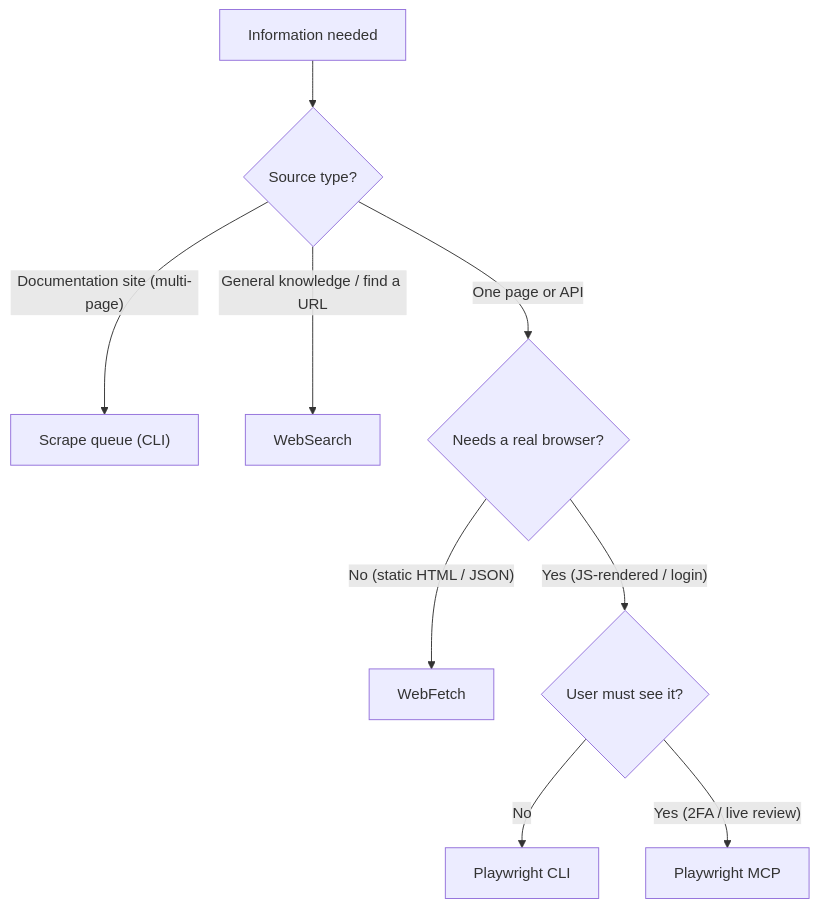
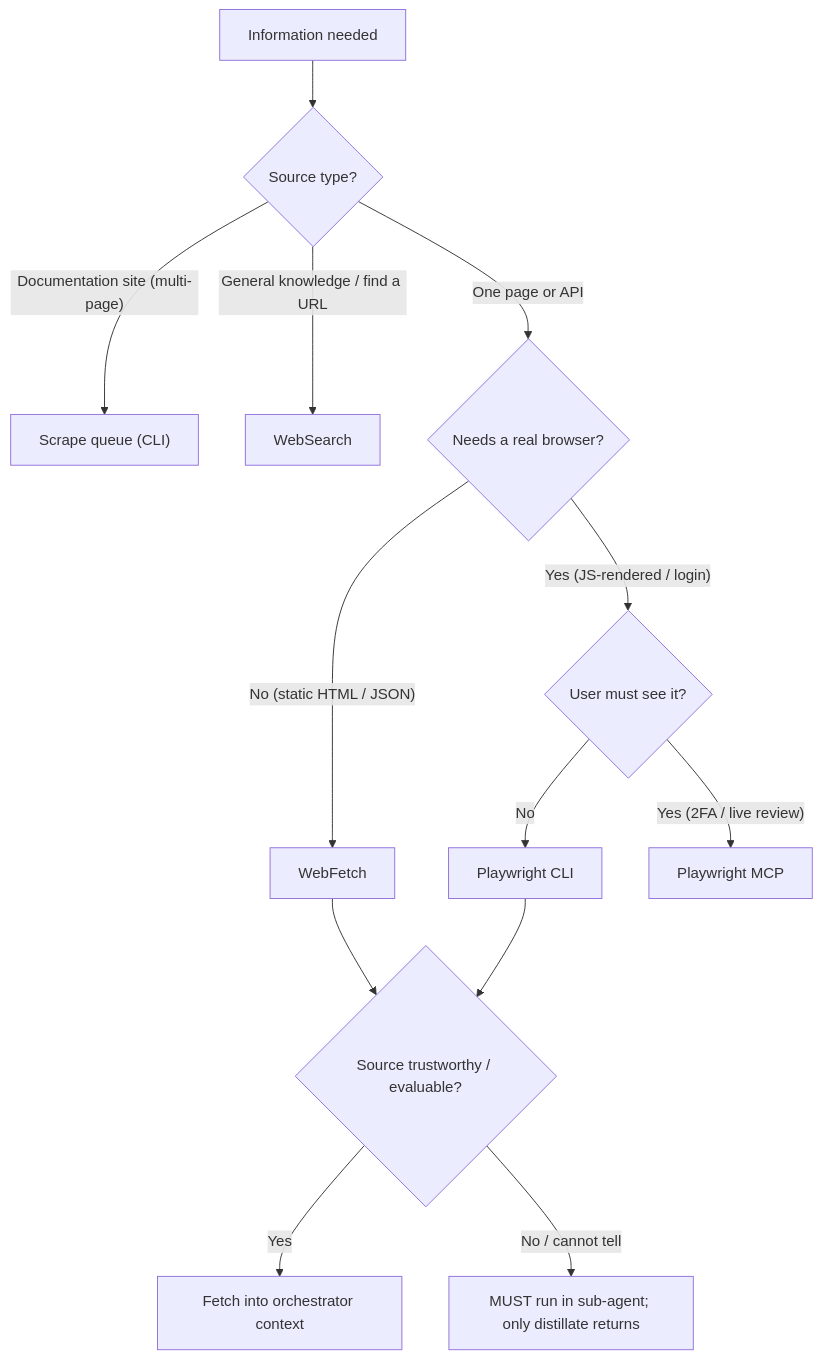
One commit to Memo-Init/spec changed the second of 2 diagrams in spec/workbench/0.1.0/31-browser-automation.md. Above: the diagram before and after it, drawn with Mermaid. The commit also changed other lines of this file and 9 other files, not shown here.

Commit message:
[MEMO] M045-04 Cleanup: diagrams/health/browser

````diff
--- a/spec/workbench/0.1.0/31-browser-automation.md
+++ b/spec/workbench/0.1.0/31-browser-automation.md
@@ -113,11 +129,15 @@
 ```mermaid
 flowchart TD
     A["Information needed"] --> B{"Source type?"}
     B -->|"Documentation site (multi-page)"| C["Scrape queue (CLI)"]
     B -->|"General knowledge / find a URL"| D["WebSearch"]
     B -->|"One page or API"| E{"Needs a real browser?"}
     E -->|"No (static HTML / JSON)"| F["WebFetch"]
     E -->|"Yes (JS-rendered / login)"| G{"User must see it?"}
     G -->|"No"| H["Playwright CLI"]
     G -->|"Yes (2FA / live review)"| I["Playwright MCP"]
+    F --> T{"Source trustworthy / evaluable?"}
+    H --> T
+    T -->|"Yes"| J["Fetch into orchestrator context"]
+    T -->|"No / cannot tell"| K["MUST run in sub-agent; only distillate returns"]
 ```
````
